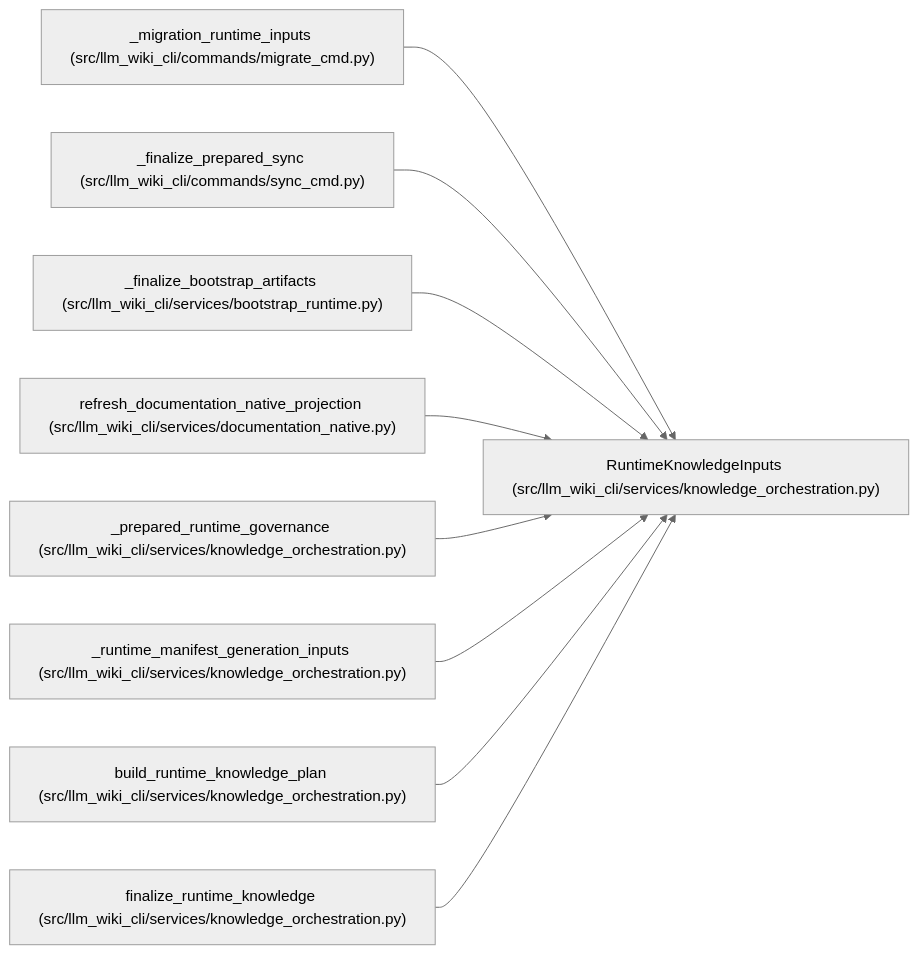
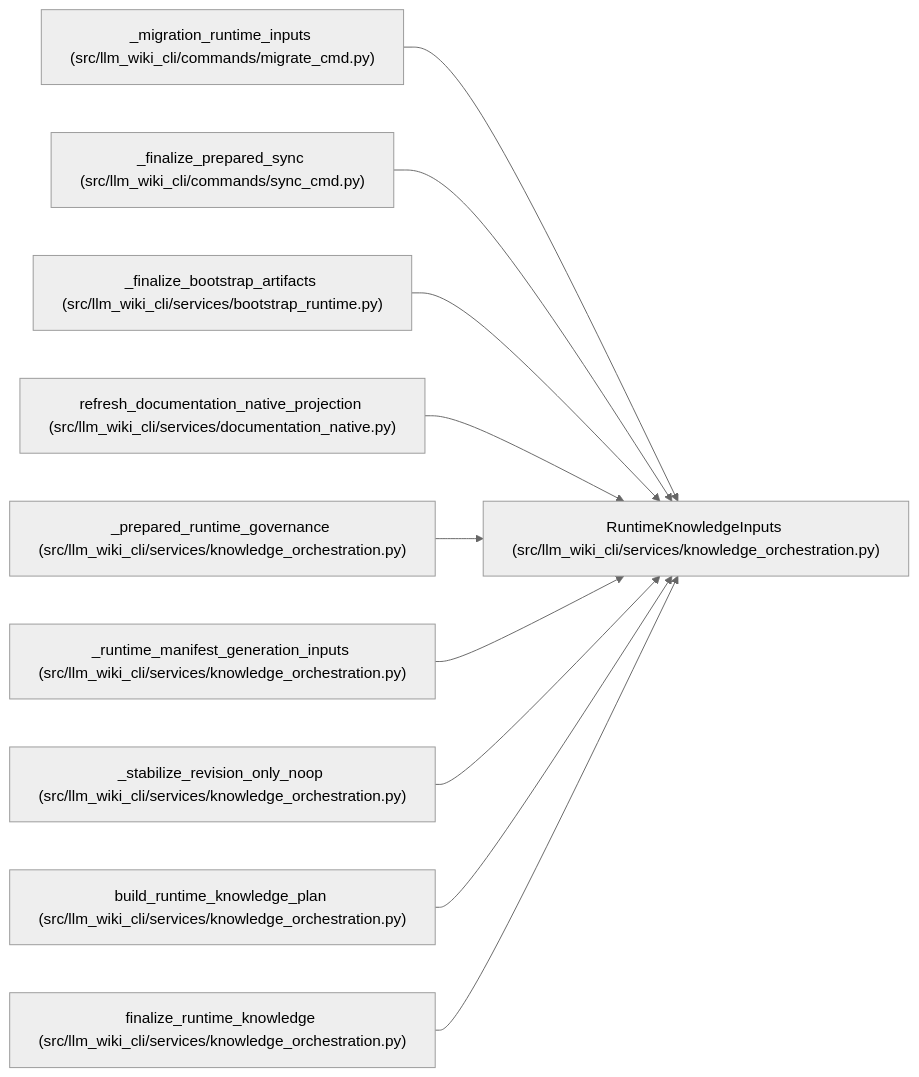
The diagram in docs/llm_wiki/entities/RuntimeKnowledgeInputs.md (Denissvgn/python-wiki-llm), drawn with Mermaid (neutral theme) before and after one commit. The commit also changed other lines of this file and 22 other files, not shown here.

````diff
--- a/docs/llm_wiki/entities/RuntimeKnowledgeInputs.md
+++ b/docs/llm_wiki/entities/RuntimeKnowledgeInputs.md
@@ -60,29 +60,32 @@
 ```mermaid
 flowchart LR
     n0["RuntimeKnowledgeInputs (src/llm_wiki_cli/services/knowledge_orchestration.py)"]
     n1["_migration_runtime_inputs (src/llm_wiki_cli/commands/migrate_cmd.py)"]
     n2["_finalize_prepared_sync (src/llm_wiki_cli/commands/sync_cmd.py)"]
     n3["_finalize_bootstrap_artifacts (src/llm_wiki_cli/services/bootstrap_runtime.py)"]
     n4["refresh_documentation_native_projection (src/llm_wiki_cli/services/documentation_native.py)"]
     n5["_prepared_runtime_governance (src/llm_wiki_cli/services/knowledge_orchestration.py)"]
     n6["_runtime_manifest_generation_inputs (src/llm_wiki_cli/services/knowledge_orchestration.py)"]
-    n7["build_runtime_knowledge_plan (src/llm_wiki_cli/services/knowledge_orchestration.py)"]
-    n8["finalize_runtime_knowledge (src/llm_wiki_cli/services/knowledge_orchestration.py)"]
+    n7["_stabilize_revision_only_noop (src/llm_wiki_cli/services/knowledge_orchestration.py)"]
+    n8["build_runtime_knowledge_plan (src/llm_wiki_cli/services/knowledge_orchestration.py)"]
+    n9["finalize_runtime_knowledge (src/llm_wiki_cli/services/knowledge_orchestration.py)"]
     n1 --> n0
     n2 --> n0
     n3 --> n0
     n4 --> n0
     n5 --> n0
     n6 --> n0
     n7 --> n0
     n8 --> n0
+    n9 --> n0
     click n0 "../modules/knowledge_orchestration.md"
     click n1 "../modules/migrate_cmd.md"
     click n2 "../modules/sync_cmd.md"
     click n3 "../modules/bootstrap_runtime.md"
     click n4 "../modules/documentation_native.md"
     click n5 "../modules/knowledge_orchestration.md"
     click n6 "../modules/knowledge_orchestration.md"
     click n7 "../modules/knowledge_orchestration.md"
     click n8 "../modules/knowledge_orchestration.md"
+    click n9 "../modules/knowledge_orchestration.md"
 ```
````
